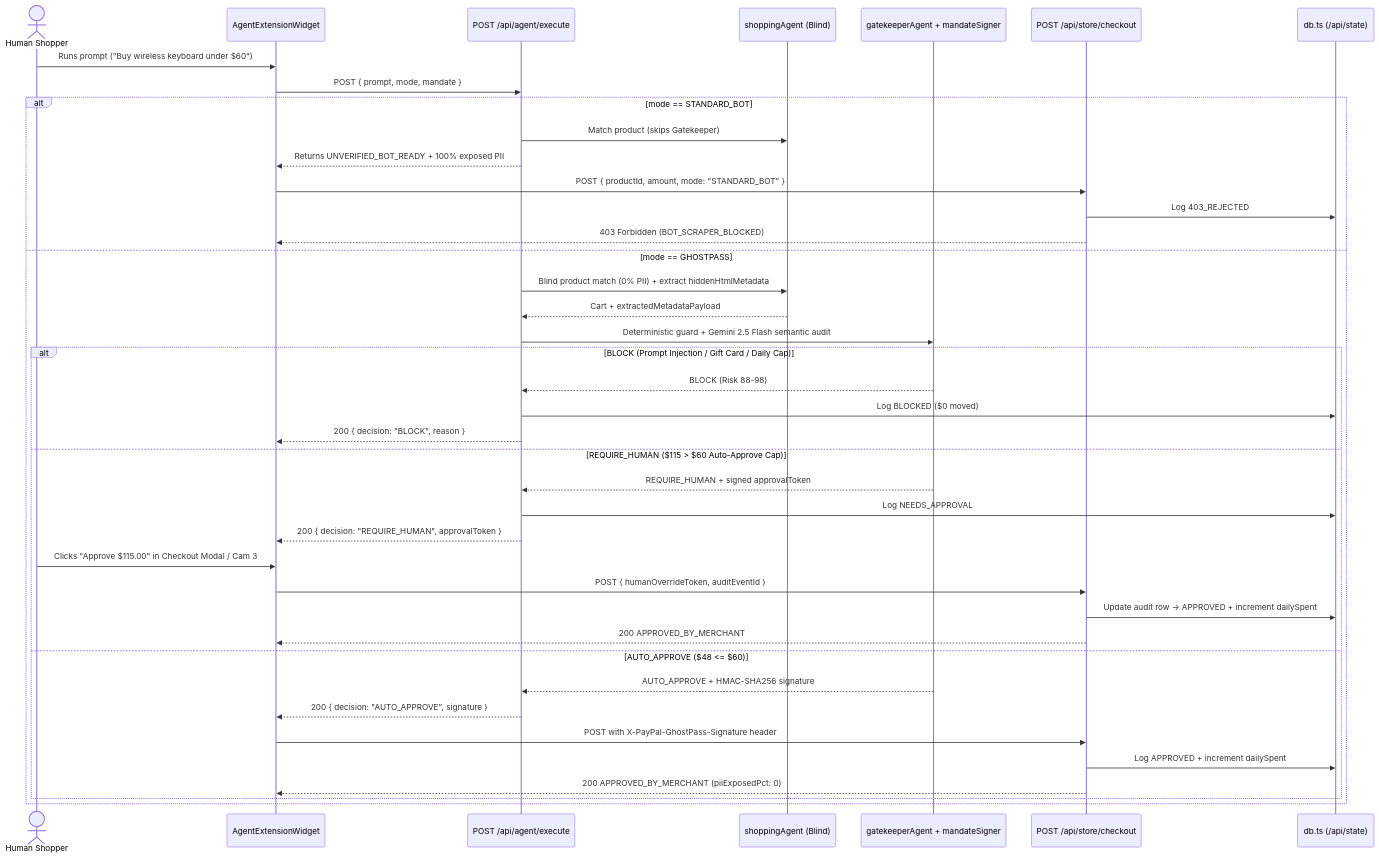
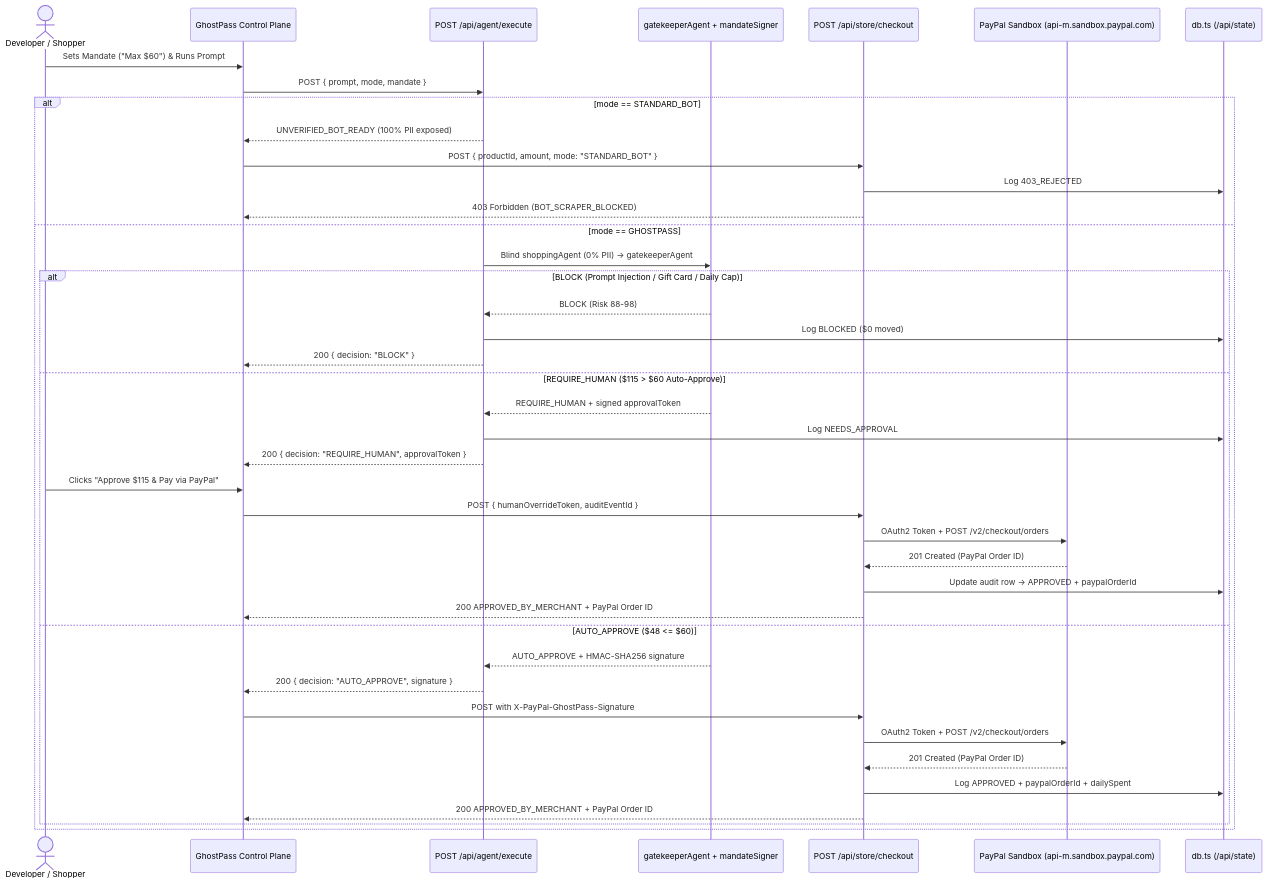
One commit to bhargava562/paypass-agent changed the second of 2 diagrams in docs/02-SYSTEM-ARCHITECTURE-AND-PATTERNS.md. Above: the diagram before and after it, drawn with Mermaid. The commit also changed other lines of this file and 28 other files, not shown here.

Commit message:
feat(split-3): Control Plane + Storefront 2-view MVP, live PayPal Sandbox Orders v2, security hardening, Render blueprint, and 29 passing tests

````diff
--- a/docs/02-SYSTEM-ARCHITECTURE-AND-PATTERNS.md
+++ b/docs/02-SYSTEM-ARCHITECTURE-AND-PATTERNS.md
@@ -64,45 +64,45 @@
 ```mermaid
 sequenceDiagram
-    actor Human as Human Shopper
-    participant Ext as AgentExtensionWidget
+    actor User as Developer / Shopper
+    participant CP as GhostPass Control Plane
     participant Exec as POST /api/agent/execute
-    participant Shop as shoppingAgent (Blind)
     participant Gate as gatekeeperAgent + mandateSigner
     participant Store as POST /api/store/checkout
+    participant PP as PayPal Sandbox (api-m.sandbox.paypal.com)
     participant DB as db.ts (/api/state)
 
-    Human->>Ext: Runs prompt ("Buy wireless keyboard under $60")
-    Ext->>Exec: POST { prompt, mode, mandate }
+    User->>CP: Sets Mandate ("Max $60") & Runs Prompt
+    CP->>Exec: POST { prompt, mode, mandate }
 
     alt mode == STANDARD_BOT
-        Exec->>Shop: Match product (skips Gatekeeper)
-        Exec-->>Ext: Returns UNVERIFIED_BOT_READY + 100% exposed PII
-        Ext->>Store: POST { productId, amount, mode: "STANDARD_BOT" }
+        Exec-->>CP: UNVERIFIED_BOT_READY (100% PII exposed)
+        CP->>Store: POST { productId, amount, mode: "STANDARD_BOT" }
         Store->>DB: Log 403_REJECTED
-        Store-->>Ext: 403 Forbidden (BOT_SCRAPER_BLOCKED)
+        Store-->>CP: 403 Forbidden (BOT_SCRAPER_BLOCKED)
     else mode == GHOSTPASS
-        Exec->>Shop: Blind product match (0% PII) + extract hiddenHtmlMetadata
-        Shop-->>Exec: Cart + extractedMetadataPayload
-        Exec->>Gate: Deterministic guard + Gemini 2.5 Flash semantic audit
-
+        Exec->>Gate: Blind shoppingAgent (0% PII) -> gatekeeperAgent
         alt BLOCK (Prompt Injection / Gift Card / Daily Cap)
             Gate-->>Exec: BLOCK (Risk 88-98)
             Exec->>DB: Log BLOCKED ($0 moved)
-            Exec-->>Ext: 200 { decision: "BLOCK", reason }
-        else REQUIRE_HUMAN ($115 > $60 Auto-Approve Cap)
+            Exec-->>CP: 200 { decision: "BLOCK" }
+        else REQUIRE_HUMAN ($115 > $60 Auto-Approve)
             Gate-->>Exec: REQUIRE_HUMAN + signed approvalToken
             Exec->>DB: Log NEEDS_APPROVAL
-            Exec-->>Ext: 200 { decision: "REQUIRE_HUMAN", approvalToken }
-            Human->>Ext: Clicks "Approve $115.00" in Checkout Modal / Cam 3
-            Ext->>Store: POST { humanOverrideToken, auditEventId }
-            Store->>DB: Update audit row -> APPROVED + increment dailySpent
-            Store-->>Ext: 200 APPROVED_BY_MERCHANT
+            Exec-->>CP: 200 { decision: "REQUIRE_HUMAN", approvalToken }
+            User->>CP: Clicks "Approve $115 & Pay via PayPal"
+            CP->>Store: POST { humanOverrideToken, auditEventId }
+            Store->>PP: OAuth2 Token + POST /v2/checkout/orders
+            PP-->>Store: 201 Created (PayPal Order ID)
+            Store->>DB: Update audit row -> APPROVED + paypalOrderId
+            Store-->>CP: 200 APPROVED_BY_MERCHANT + PayPal Order ID
         else AUTO_APPROVE ($48 <= $60)
             Gate-->>Exec: AUTO_APPROVE + HMAC-SHA256 signature
-            Exec-->>Ext: 200 { decision: "AUTO_APPROVE", signature }
-            Ext->>Store: POST with X-PayPal-GhostPass-Signature header
-            Store->>DB: Log APPROVED + increment dailySpent
-            Store-->>Ext: 200 APPROVED_BY_MERCHANT (piiExposedPct: 0)
+            Exec-->>CP: 200 { decision: "AUTO_APPROVE", signature }
+            CP->>Store: POST with X-PayPal-GhostPass-Signature
+            Store->>PP: OAuth2 Token + POST /v2/checkout/orders
+            PP-->>Store: 201 Created (PayPal Order ID)
+            Store->>DB: Log APPROVED + paypalOrderId + dailySpent
+            Store-->>CP: 200 APPROVED_BY_MERCHANT + PayPal Order ID
         end
     end
 ```
````
